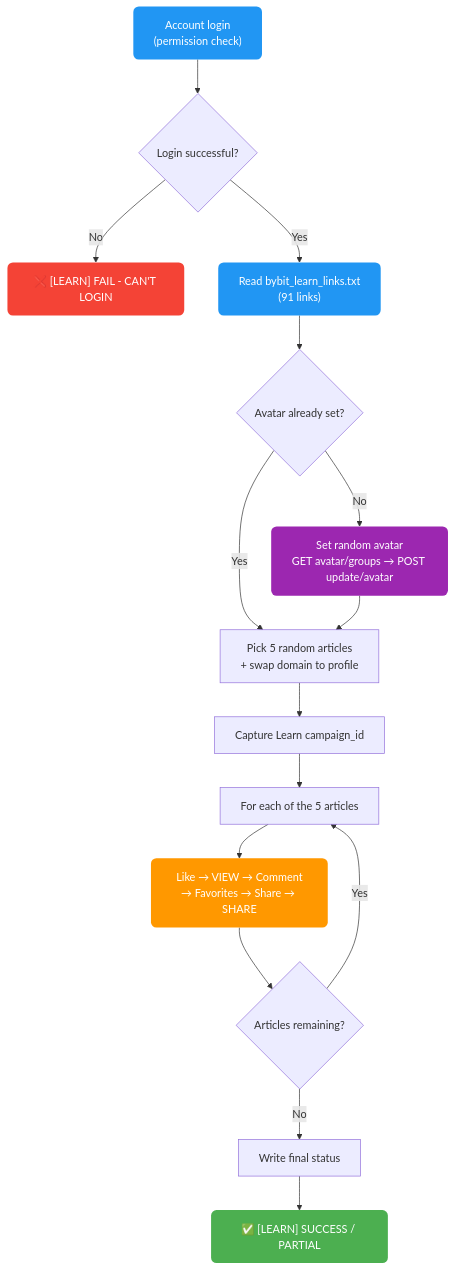
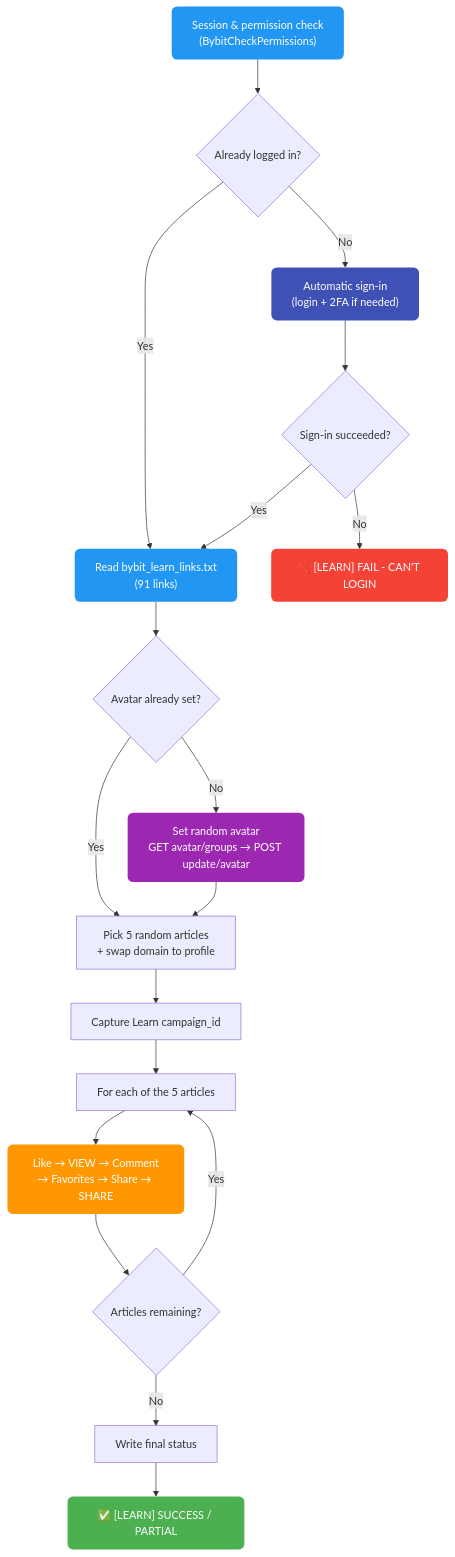
Before and after one commit to AutoPilotSoftware/docs: diagram 11 of 12 in src/content/docs/en/exchanges/bybit-autopilot.md, drawn with Mermaid. The commit also changed other lines of this file and 2 other files, not shown here.

Commit message:
docs(bybit): learn — diagram shows smart auto-login (not just login-check) (ru/en/ua)
BybitCheckPermissions/BybitCheckVerification auto-runs the login flow (incl. 2FA)
when the profile isn't logged in; [LEARN] FAIL - CAN'T LOGIN only if that
auto-login fails. The old diagram implied 'not logged in -> FAIL'. Added an
explicit Auto sign-in -> Sign-in succeeded? branch and clarified the Requires row.

````diff
--- a/src/content/docs/en/exchanges/bybit-autopilot.md
+++ b/src/content/docs/en/exchanges/bybit-autopilot.md
@@ -526,24 +526,28 @@
 ```mermaid
 flowchart TD
-    A["Account login<br/>(permission check)"] --> B{"Login successful?"}
-    B -- "No" --> X["❌ [LEARN] FAIL - CAN'T LOGIN"]
+    A["Session & permission check<br/>(BybitCheckPermissions)"] --> B{"Already logged in?"}
     B -- "Yes" --> C["Read bybit_learn_links.txt<br/>(91 links)"]
+    B -- "No" --> L["Automatic sign-in<br/>(login + 2FA if needed)"]
+    L --> M{"Sign-in succeeded?"}
+    M -- "No" --> X["❌ [LEARN] FAIL - CAN'T LOGIN"]
+    M -- "Yes" --> C
     C --> D{"Avatar already set?"}
     D -- "Yes" --> F["Pick 5 random articles<br/>+ swap domain to profile"]
     D -- "No" --> E["Set random avatar<br/>GET avatar/groups → POST update/avatar"]
     E --> F
     F --> G["Capture Learn campaign_id"]
     G --> H["For each of the 5 articles"]
     H --> I["Like → VIEW → Comment<br/>→ Favorites → Share → SHARE"]
     I --> J{"Articles remaining?"}
     J -- "Yes" --> H
     J -- "No" --> K["Write final status"]
     K --> S["✅ [LEARN] SUCCESS / PARTIAL"]
 
     style A fill:#2196F3,color:#fff,stroke:none,rx:8
     style C fill:#2196F3,color:#fff,stroke:none,rx:8
+    style L fill:#3F51B5,color:#fff,stroke:none,rx:8
     style E fill:#9C27B0,color:#fff,stroke:none,rx:8
     style I fill:#FF9800,color:#fff,stroke:none,rx:8
     style S fill:#4CAF50,color:#fff,stroke:none,rx:8
     style X fill:#F44336,color:#fff,stroke:none,rx:8
 ```
````
